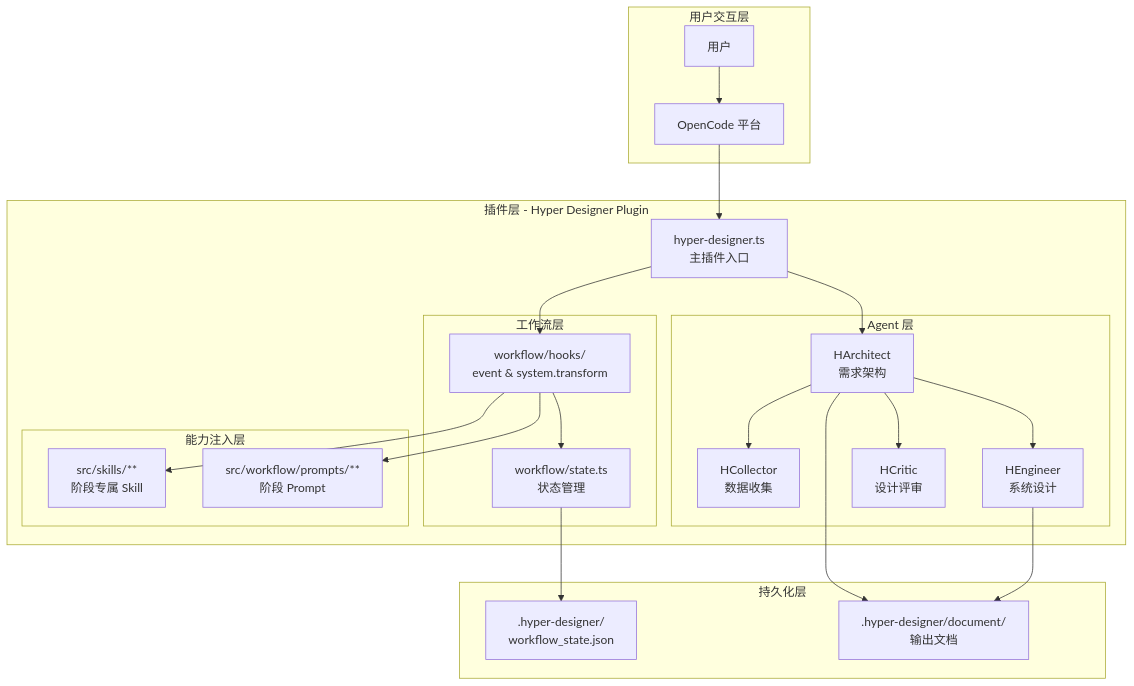
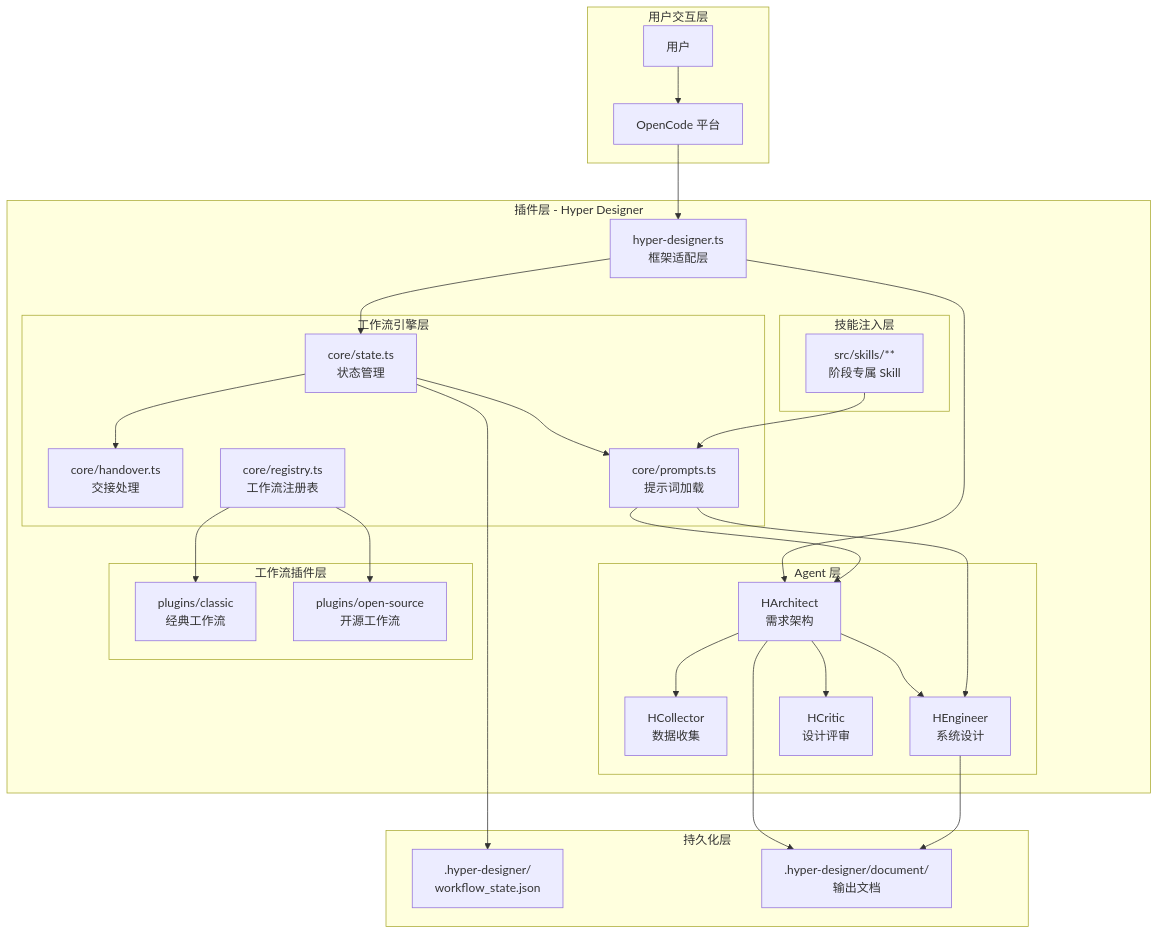
Before and after one commit to aiimoyu/hyper-designer: the first of 4 diagrams in TECHNICAL_WIKI.md, drawn with Mermaid. The commit also changed other lines of this file and 1277 other files, not shown here.

````diff
--- a/TECHNICAL_WIKI.md
+++ b/TECHNICAL_WIKI.md
@@ -30,50 +43,60 @@
 ```mermaid
 graph TB
     subgraph "用户交互层"
         User[用户]
         OpenCode[OpenCode 平台]
     end
 
-    subgraph "插件层 - Hyper Designer Plugin"
-        Plugin[hyper-designer.ts<br/>主插件入口]
+    subgraph "插件层 - Hyper Designer"
+        Plugin[hyper-designer.ts<br/>框架适配层]
 
         subgraph "Agent 层"
             HCollector[HCollector<br/>数据收集]
             HArchitect[HArchitect<br/>需求架构]
             HEngineer[HEngineer<br/>系统设计]
             HCritic[HCritic<br/>设计评审]
         end
 
-        subgraph "工作流层"
-            State[workflow/state.ts<br/>状态管理]
-            Hooks[workflow/hooks/<br/>event & system.transform]
+        subgraph "工作流引擎层"
+            State[core/state.ts<br/>状态管理]
+            Handover[core/handover.ts<br/>交接处理]
+            Prompts[core/prompts.ts<br/>提示词加载]
+            Registry[core/registry.ts<br/>工作流注册表]
         end
 
-        subgraph "能力注入层"
+        subgraph "工作流插件层"
+            Classic[plugins/classic<br/>经典工作流]
+            OpenSource[plugins/open-source<br/>开源工作流]
+        end
+
+        subgraph "技能注入层"
             Skills[src/skills/**<br/>阶段专属 Skill]
-            Prompts[src/workflow/prompts/**<br/>阶段 Prompt]
         end
     end
 
     subgraph "持久化层"
         StateFile[.hyper-designer/<br/>workflow_state.json]
         OutputDoc[.hyper-designer/document/<br/>输出文档]
     end
 
     User --> OpenCode
     OpenCode --> Plugin
     Plugin --> HArchitect
-	HArchitect --> HCollector
-	HArchitect --> HEngineer
-	HArchitect --> HCritic
+    HArchitect --> HCollector
+    HArchitect --> HEngineer
+    HArchitect --> HCritic
 
-	
-    Plugin --> Hooks
-    Hooks --> State
-    Hooks --> Skills
-    Hooks --> Prompts
+    Plugin --> State
+    State --> Handover
+    State --> Prompts
+    Registry --> Classic
+    Registry --> OpenSource
+    
+    Skills --> Prompts
+    Prompts --> HArchitect
+    Prompts --> HEngineer
 
     State --> StateFile
     HArchitect --> OutputDoc
     HEngineer --> OutputDoc
 ```
````
